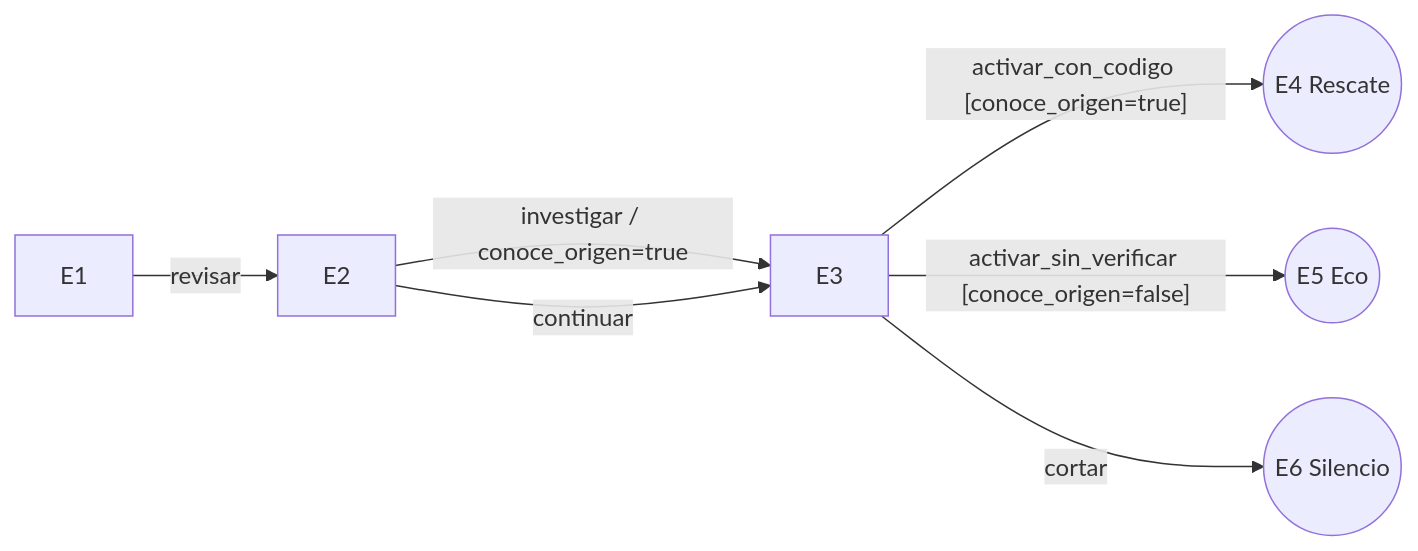
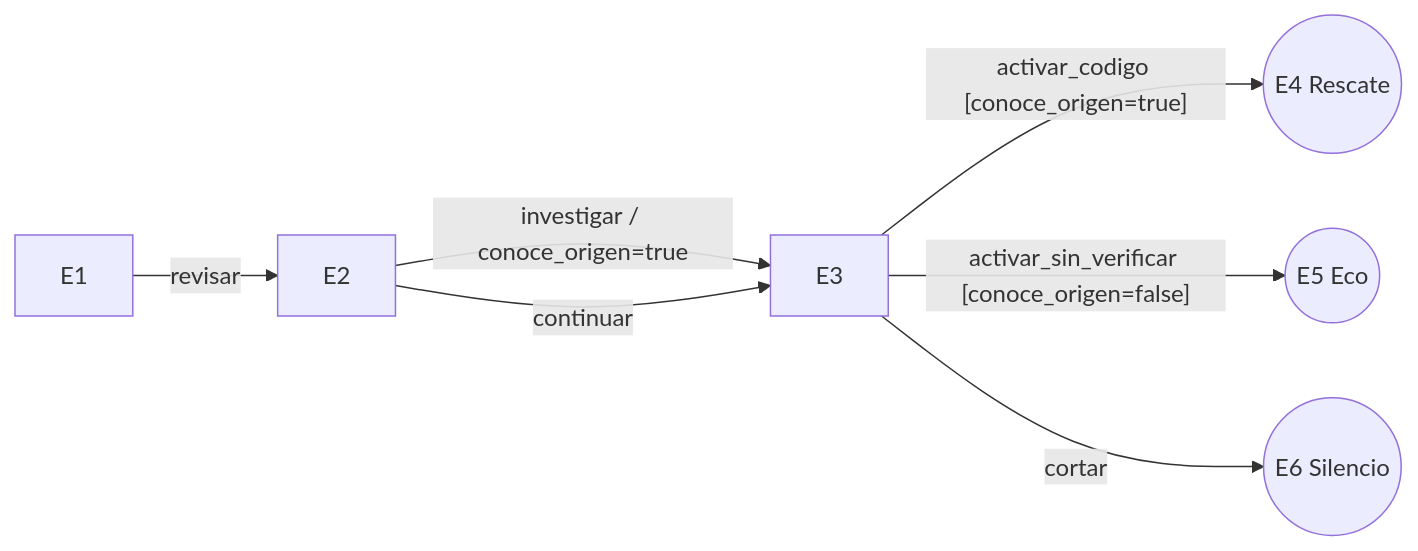
Before and after one commit to spenicheg/parcial-motor-narrativo: the seventh of 7 diagrams in docs/arquitectura.md, drawn with Mermaid. The commit also changed 10 other files, not shown here.

First line of the commit message:
data: usar el archivo oficial la_ultima_transmision.json (id activar_codigo)

````diff
--- a/docs/arquitectura.md
+++ b/docs/arquitectura.md
@@ -193,9 +193,9 @@
 ```mermaid
 flowchart LR
   E1 -->|revisar| E2
   E2 -->|"investigar / conoce_origen=true"| E3
   E2 -->|continuar| E3
-  E3 -->|"activar_con_codigo [conoce_origen=true]"| E4((E4 Rescate))
+  E3 -->|"activar_codigo [conoce_origen=true]"| E4((E4 Rescate))
   E3 -->|"activar_sin_verificar [conoce_origen=false]"| E5((E5 Eco))
   E3 -->|cortar| E6((E6 Silencio))
 ```
````
